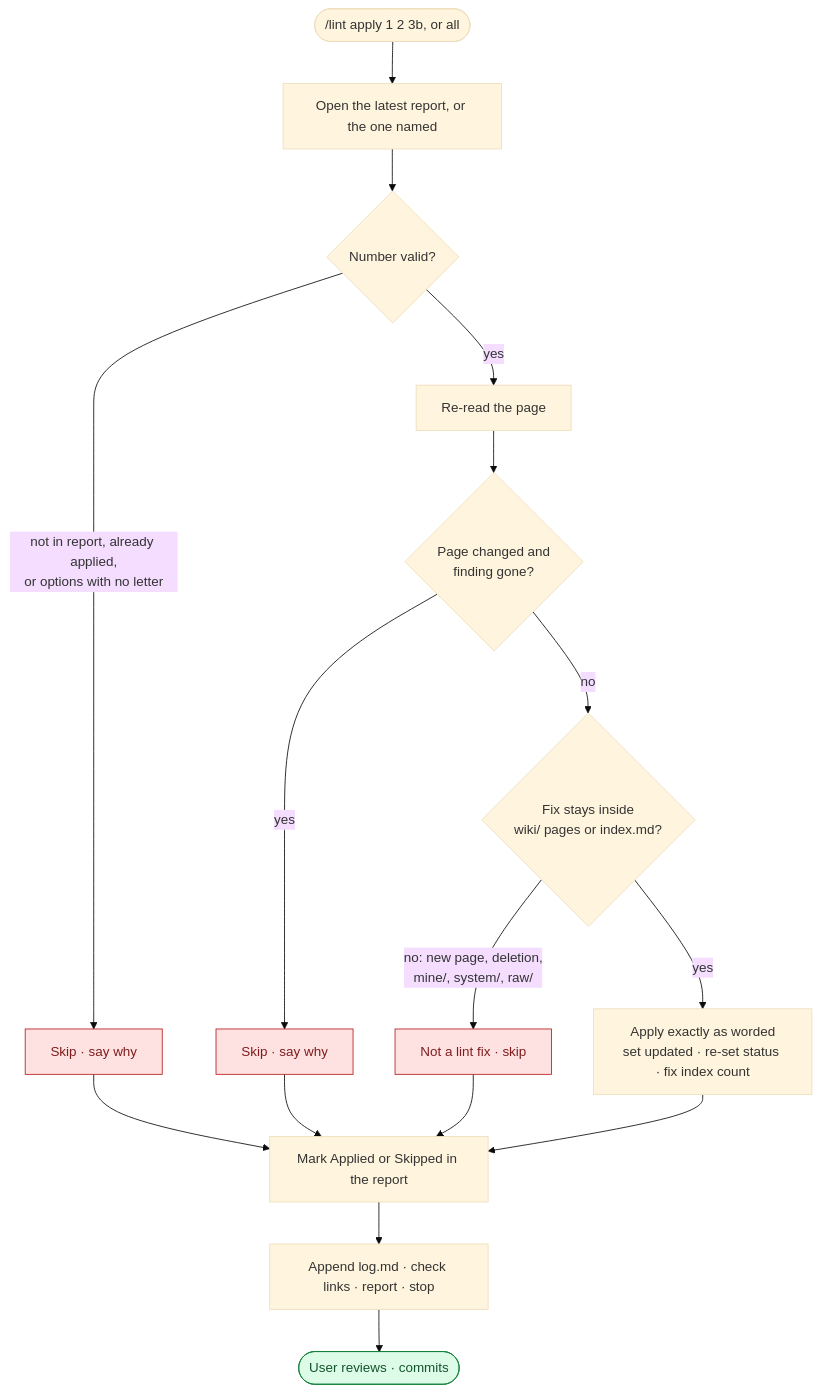
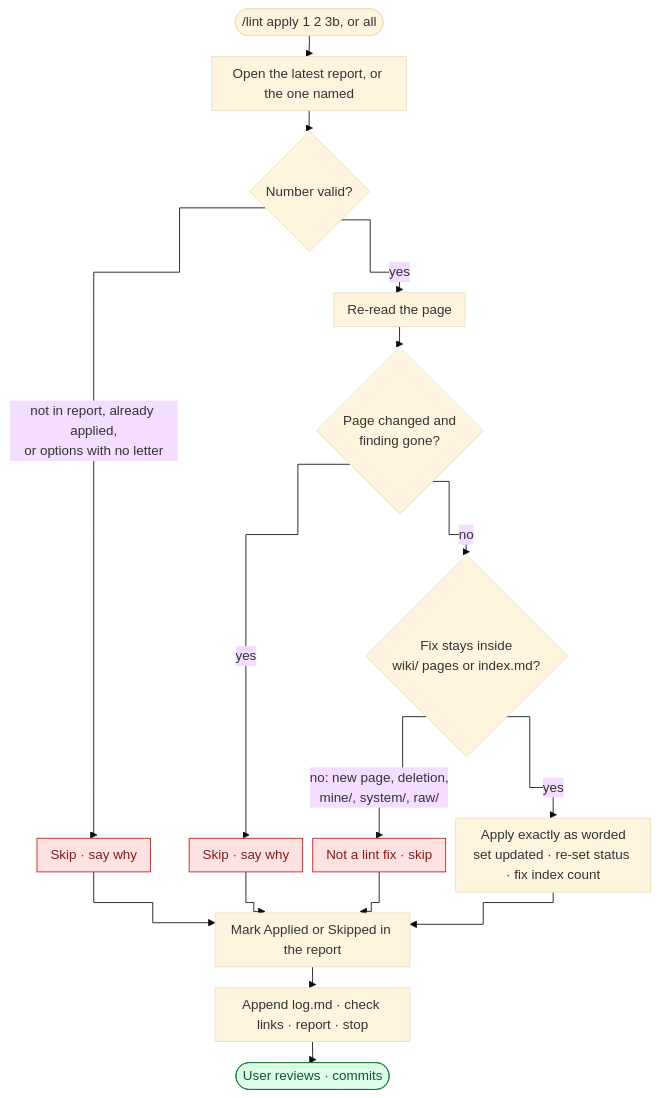
One commit to quocnguyen13/second-brain changed the ninth of 16 diagrams in mine/projects/thinking-system/23 Product Requirements.md. Above: the diagram before and after it, drawn with Mermaid (base theme). The commit also changed other lines of this file and 5 other files, not shown here.

````diff
--- a/mine/projects/thinking-system/23 Product Requirements.md
+++ b/mine/projects/thinking-system/23 Product Requirements.md
@@ -628,22 +688,23 @@
 ```mermaid
+%%{init: {"flowchart": {"curve": "step", "useMaxWidth": true, "nodeSpacing": 12, "rankSpacing": 25, "padding": 8, "subGraphTitleMargin": {"top": 4, "bottom": 8}}}}%%
 flowchart TD
     A(["/lint apply 1 2 3b, or all"]) --> B["Open the latest report, or the one named"]
     B --> C{"Number valid?"}
     C -->|"not in report, already applied,<br/>or options with no letter"| X1["Skip · say why"]
     C -->|"yes"| D["Re-read the page"]
     D --> E{"Page changed and<br/>finding gone?"}
     E -->|"yes"| X2["Skip · say why"]
     E -->|"no"| F{"Fix stays inside<br/>wiki/ pages or index.md?"}
     F -->|"no: new page, deletion,<br/>mine/, system/, raw/"| X3["Not a lint fix · skip"]
     F -->|"yes"| G["Apply exactly as worded<br/>set updated · re-set status · fix index count"]
     G --> H["Mark Applied or Skipped in the report"]
     X1 --> H
     X2 --> H
     X3 --> H
     H --> I["Append log.md · check links · report · stop"]
     I --> J(["User reviews · commits"])
     classDef user fill:#dcfce7,stroke:#15803d,color:#14532d
     classDef stop fill:#fee2e2,stroke:#b91c1c,color:#7f1d1d
     class J user
     class X1,X2,X3 stop
 ```
````
